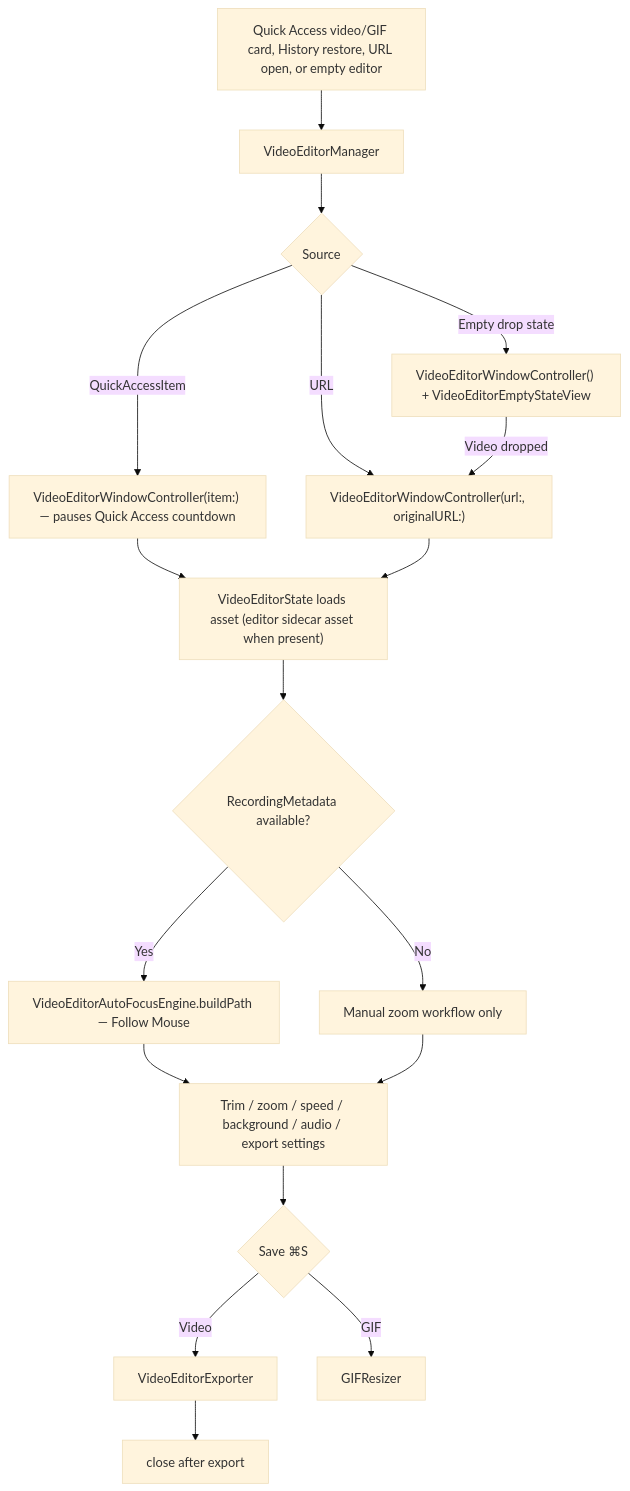
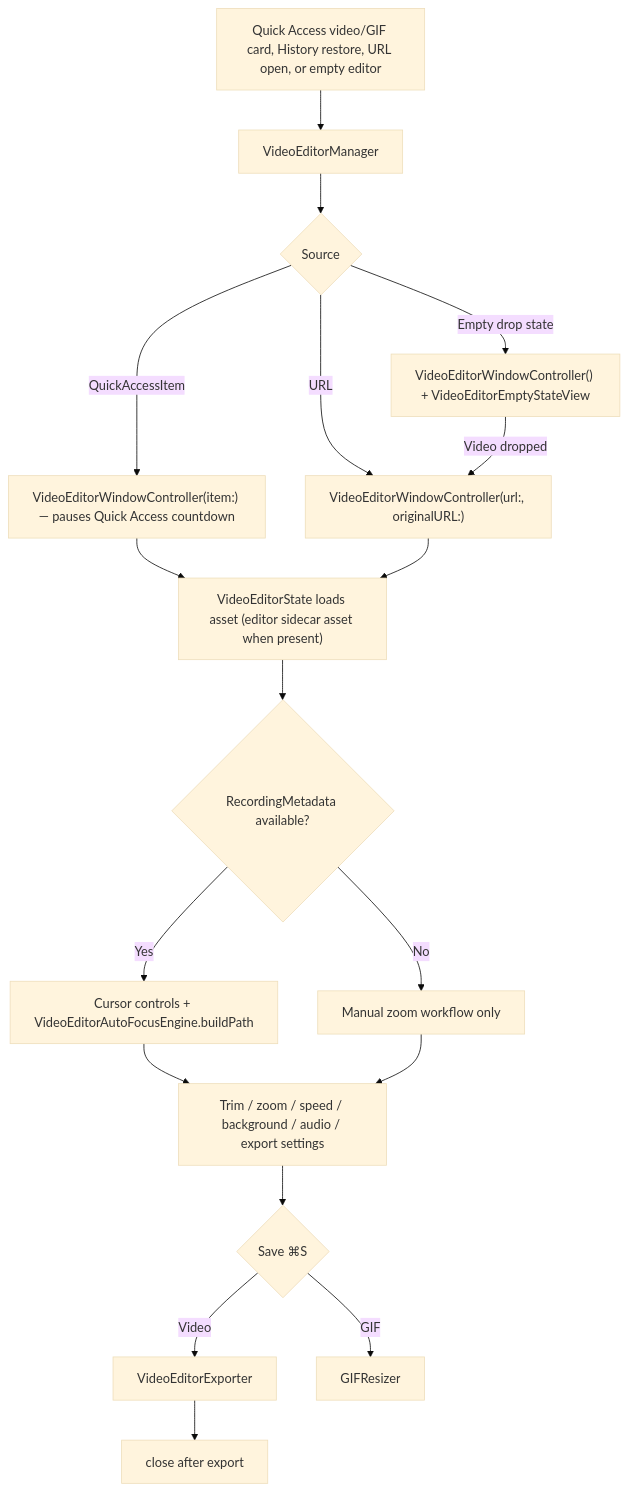
One commit to mourato/Cue changed the diagram in docs/VIDEO_EDITOR.md. Above: the diagram before and after it, drawn with Mermaid (base theme). The commit also changed other lines of this file and 10 other files, not shown here.

Commit message:
feat(video): improve cursor controls

````diff
--- a/docs/VIDEO_EDITOR.md
+++ b/docs/VIDEO_EDITOR.md
@@ -23,21 +33,21 @@
 ```mermaid
 flowchart TD
     A["Quick Access video/GIF card, History restore, URL open, or empty editor"] --> B["VideoEditorManager"]
     B --> C{"Source"}
     C -->|QuickAccessItem| D["VideoEditorWindowController(item:) — pauses Quick Access countdown"]
     C -->|URL| E["VideoEditorWindowController(url:, originalURL:)"]
     C -->|Empty drop state| F["VideoEditorWindowController() + VideoEditorEmptyStateView"]
 
     D --> G["VideoEditorState loads asset (editor sidecar asset when present)"]
     E --> G
     F -->|Video dropped| E
     G --> H{"RecordingMetadata available?"}
-    H -->|Yes| I["VideoEditorAutoFocusEngine.buildPath — Follow Mouse"]
+    H -->|Yes| I["Cursor controls + VideoEditorAutoFocusEngine.buildPath"]
     H -->|No| J["Manual zoom workflow only"]
     I --> K["Trim / zoom / speed / background / audio / export settings"]
     J --> K
     K --> L{"Save ⌘S"}
     L -->|Video| M["VideoEditorExporter"]
     L -->|GIF| N["GIFResizer"]
     M --> O["close after export"]
 ```
````
